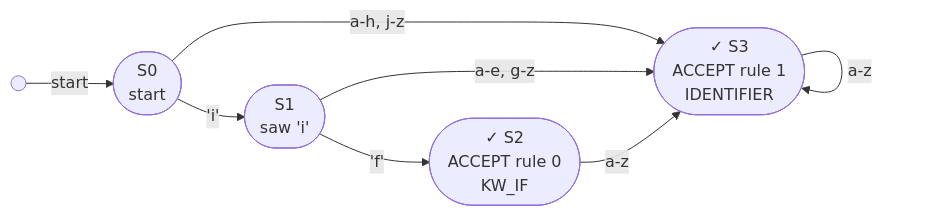
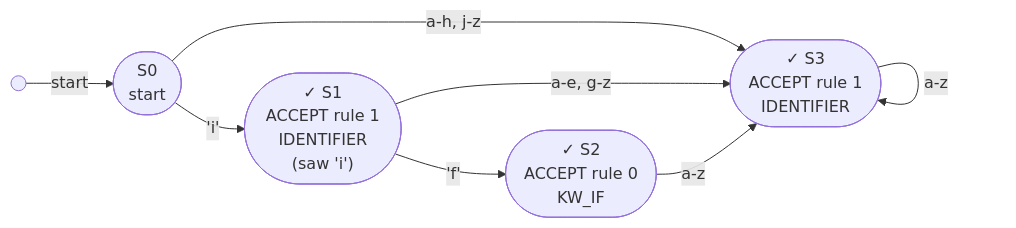
One commit to StrixzIV/ft_lex changed diagram 13 of 15 in README.md. Above: the diagram before and after it, drawn with Mermaid.

Commit message:
Fix DFA example graph diagram

````diff
--- a/README.md
+++ b/README.md
@@ -417,16 +417,16 @@
 ```mermaid
 flowchart LR
     START((" ")) -->|start| S0
 
     S0(["S0<br>start"])
-    S1(["S1<br>saw 'i'"])
+    S1(["✓ S1<br>ACCEPT rule 1<br>IDENTIFIER<br>(saw 'i')"])
     S2(["✓ S2<br>ACCEPT rule 0<br>KW_IF"])
     S3(["✓ S3<br>ACCEPT rule 1<br>IDENTIFIER"])
 
     S0 -->|"'i'"| S1
     S0 -->|"a-h, j-z"| S3
     S1 -->|"'f'"| S2
     S1 -->|"a-e, g-z"| S3
     S2 -->|"a-z"| S3
     S3 -->|"a-z"| S3
 ```
````
